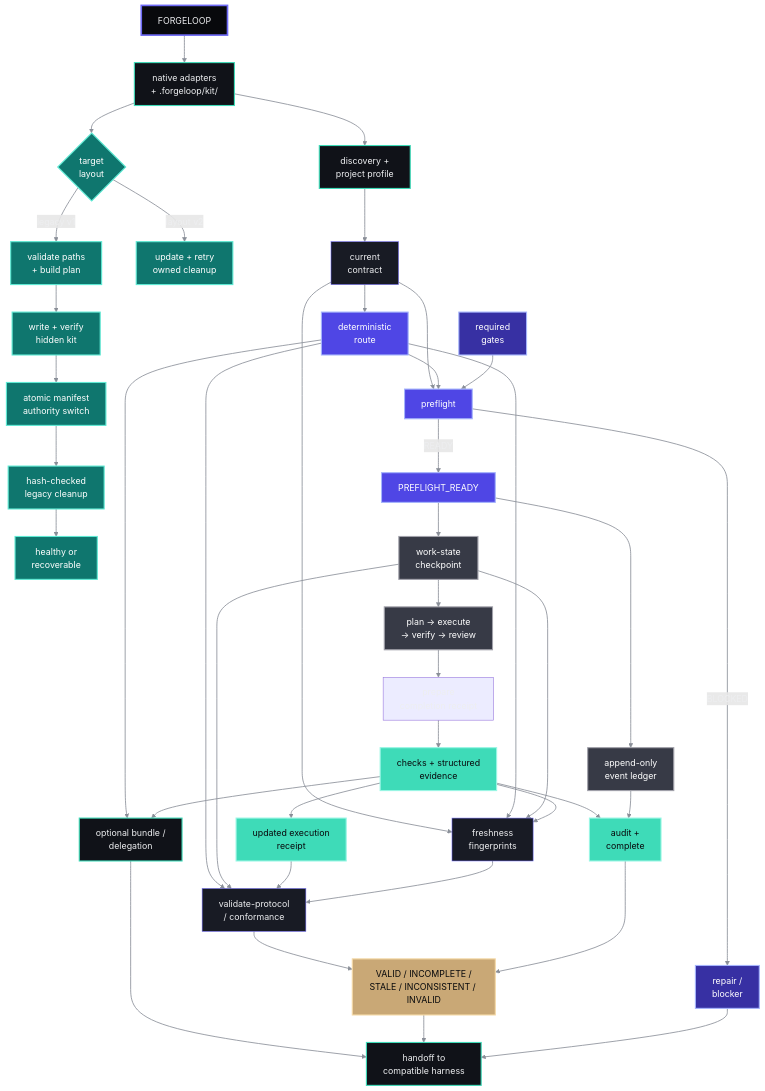
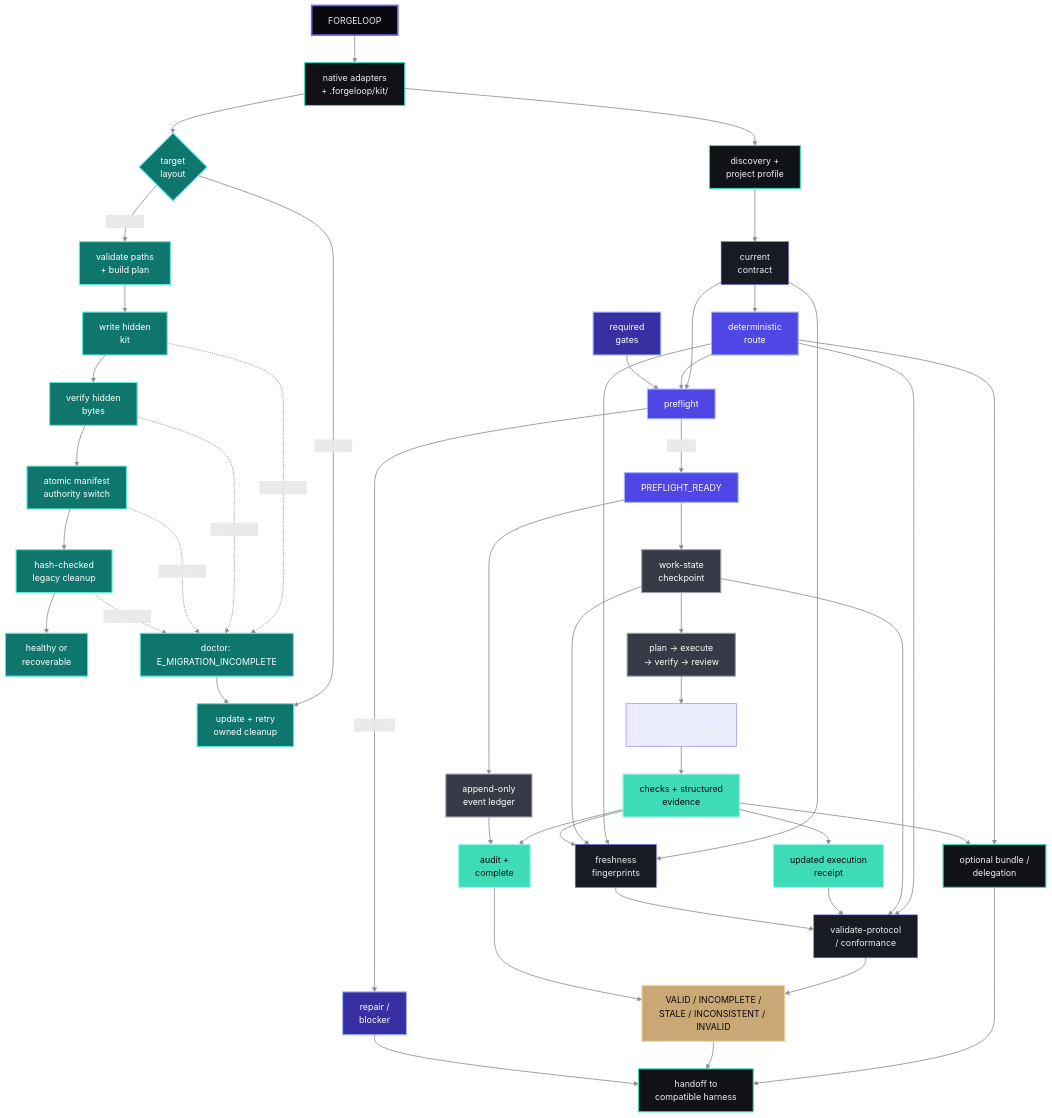
The diagram in README.md (cassiomc1/ForgeLoop), drawn with Mermaid before and after one commit. The commit also changed other lines of this file and 5 other files, not shown here.

````diff
--- a/README.md
+++ b/README.md
@@ -57,71 +57,77 @@
 ```mermaid
 flowchart TB
   root["FORGELOOP"]
 
   root --> entry["native adapters<br/>+ .forgeloop/kit/"]
   entry --> migration{"target<br/>layout"}
   migration -->|legacy v1| plan["validate paths<br/>+ build plan"]
-  plan --> hidden["write + verify<br/>hidden kit"]
-  hidden --> authority["atomic manifest<br/>authority switch"]
+  plan --> hidden["write hidden<br/>kit"]
+  hidden --> verified["verify hidden<br/>bytes"]
+  verified --> authority["atomic manifest<br/>authority switch"]
   authority --> cleanup["hash-checked<br/>legacy cleanup"]
   cleanup --> recovered["healthy or<br/>recoverable"]
+  hidden -. interruption .-> incomplete["doctor: E_MIGRATION_INCOMPLETE"]
+  verified -. interruption .-> incomplete
+  authority -. interruption .-> incomplete
+  cleanup -. interruption .-> incomplete
   migration -->|layout v2| retry["update + retry<br/>owned cleanup"]
+  incomplete --> retry
   entry --> discovery["discovery +<br/>project profile"]
   discovery --> contract["current<br/>contract"]
   contract --> routing["deterministic<br/>route"]
 
   contract --> preflight["preflight"]
   routing --> preflight
   gates["required<br/>gates"] --> preflight
   preflight -->|READY| ready["PREFLIGHT_READY"]
   preflight -->|BLOCKED| blocker["repair /<br/>blocker"]
 
   ready --> state["work-state<br/>checkpoint"]
   ready --> events["append-only<br/>event ledger"]
   state --> lifecycle["plan → execute<br/>→ verify → review"]
   lifecycle --> prepare["prepare<br/>completion receipt"]
   prepare --> checks["checks + structured<br/>evidence"]
   checks --> receipt["updated execution<br/>receipt"]
   checks --> audit["audit +<br/>complete"]
   events --> audit
 
   contract --> freshness["freshness<br/>fingerprints"]
   routing --> freshness
   state --> freshness
   checks --> freshness
   routing --> conformance["validate-protocol<br/>/ conformance"]
   state --> conformance
   receipt --> conformance
   freshness --> conformance
   conformance --> verdict["VALID / INCOMPLETE /<br/>STALE / INCONSISTENT / INVALID"]
   audit --> verdict
 
   routing --> delegation["optional bundle /<br/>delegation"]
   checks --> delegation
   delegation --> handoff["handoff to<br/>compatible harness"]
   verdict --> handoff
   blocker --> handoff
 
   classDef root fill:#08090C,stroke:#6E6AF5,stroke-width:3px,color:#EDEEF0;
   classDef entry fill:#101218,stroke:#3EDBB8,stroke-width:2px,color:#EDEEF0;
   classDef migration fill:#0F766E,stroke:#5EEAD4,stroke-width:2px,color:#FFFFFF;
   classDef routing fill:#4F46E5,stroke:#A5B4FC,stroke-width:2px,color:#FFFFFF;
   classDef state fill:#373A46,stroke:#A1A1AA,stroke-width:2px,color:#FFFFFF;
   classDef evidence fill:#3EDBB8,stroke:#99F6E4,stroke-width:2px,color:#08090C;
   classDef fact fill:#181B24,stroke:#6E6AF5,stroke-width:1px,color:#EDEEF0;
   classDef gate fill:#3730A3,stroke:#A5B4FC,stroke-width:2px,color:#FFFFFF;
   classDef result fill:#C9A876,stroke:#F5D9A6,stroke-width:2px,color:#08090C;
   classDef harness fill:#101218,stroke:#3EDBB8,stroke-width:2px,color:#EDEEF0;
 
   class root root;
   class entry,discovery,delegation entry;
-  class migration,plan,hidden,authority,cleanup,recovered,retry migration;
+  class migration,plan,hidden,verified,authority,cleanup,recovered,retry,incomplete migration;
   class routing,preflight,ready routing;
   class state,events,lifecycle state;
   class checks,receipt,audit evidence;
   class contract,freshness,conformance fact;
   class gates,blocker gate;
   class verdict result;
   class handoff harness;
   linkStyle default stroke:#8A8F98,stroke-width:1.5px;
 ```
````
